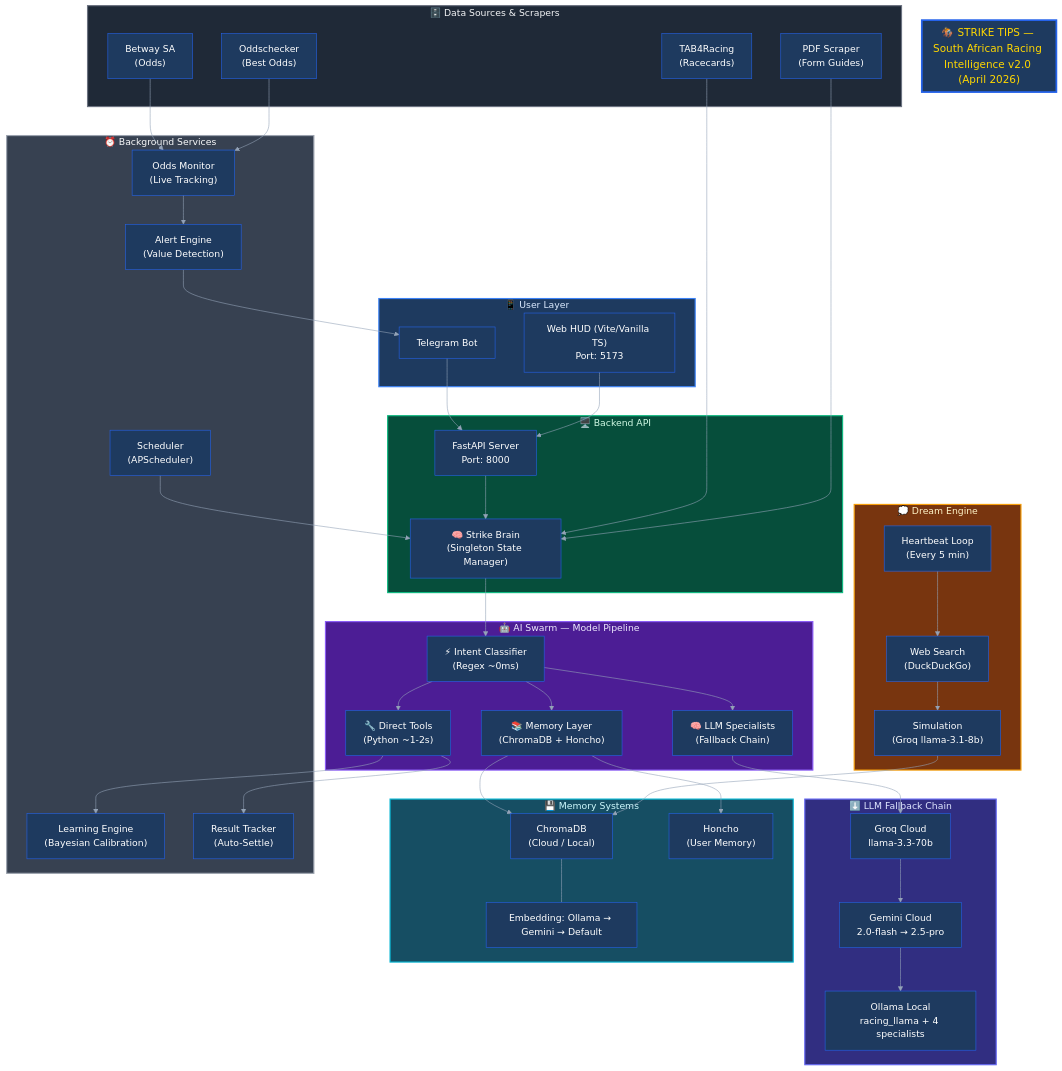
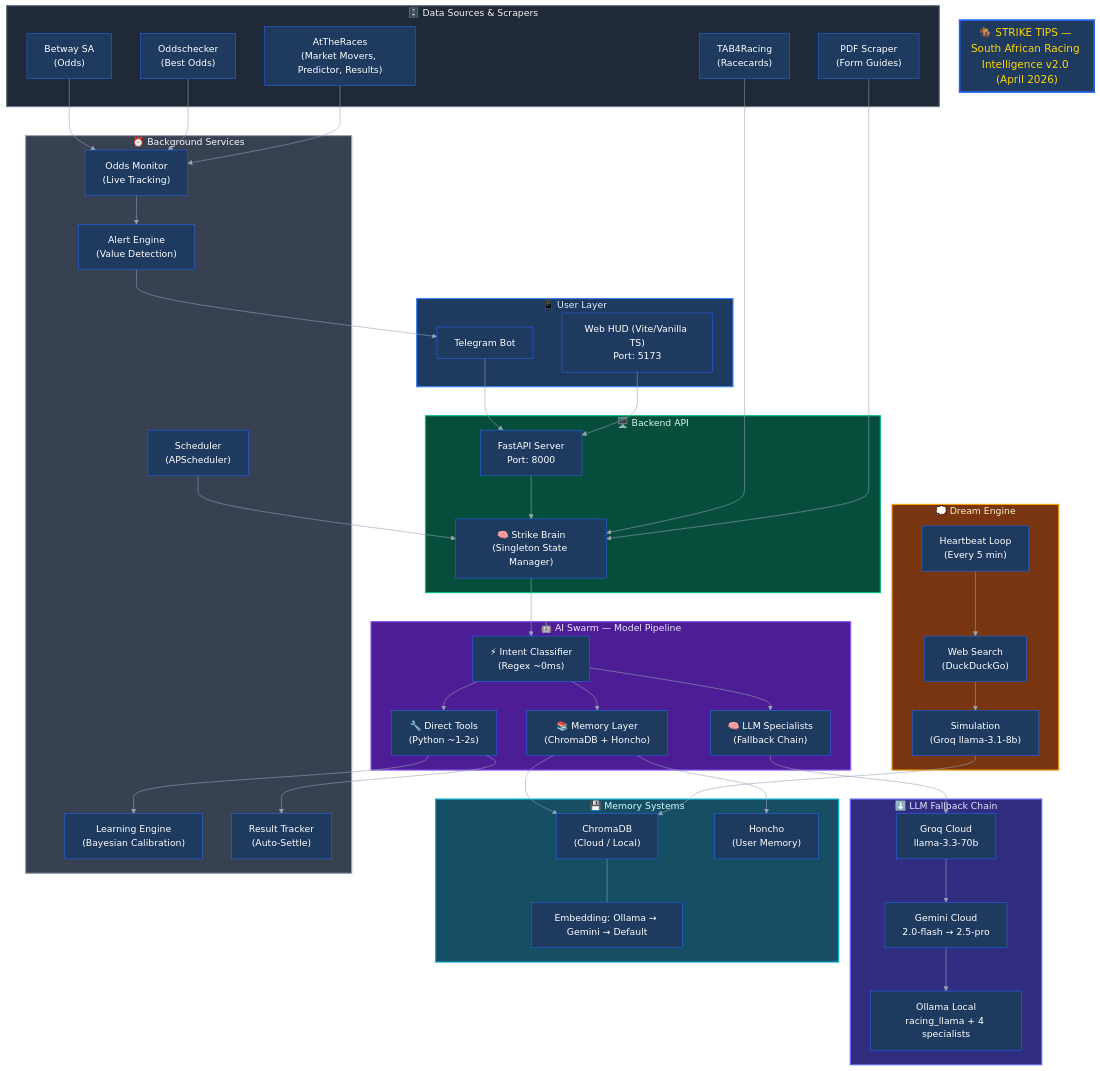
Before and after one commit to Gmpho/strike-tips-autonomous-: the diagram in README.md, drawn with Mermaid. The commit also changed other lines of this file and 52 other files, not shown here.

```diff
--- a/README.md
+++ b/README.md
@@ -108,6 +108,7 @@
         BETWAY["Betway SA<br/>(Odds)"]
         ODDCHECK["Oddschecker<br/>(Best Odds)"]
         PDF["PDF Scraper<br/>(Form Guides)"]
+        ATR["AtTheRaces<br/>(Market Movers, Predictor, Results)"]
     end
     style DATA fill:#1F2937,stroke:#6B7280,stroke-width:2px,color:#F3F4F6
 
@@ -131,6 +132,7 @@
     TAB --> STRIKE_BRAIN
     BETWAY --> MONITOR
     ODDCHECK --> MONITOR
+    ATR --> MONITOR
     MONITOR --> ALERT
     PDF --> STRIKE_BRAIN
     ALERT --> TG
```
